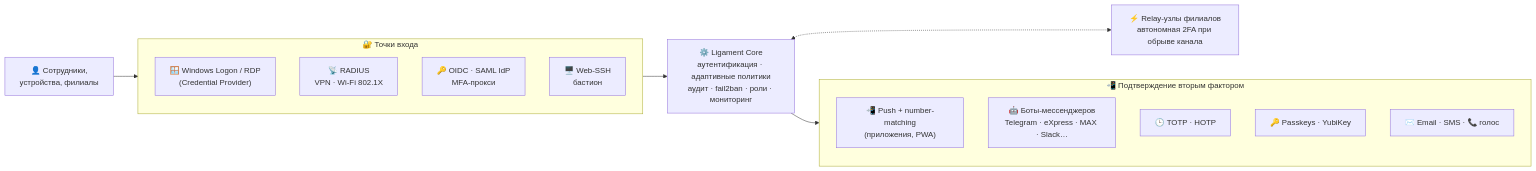
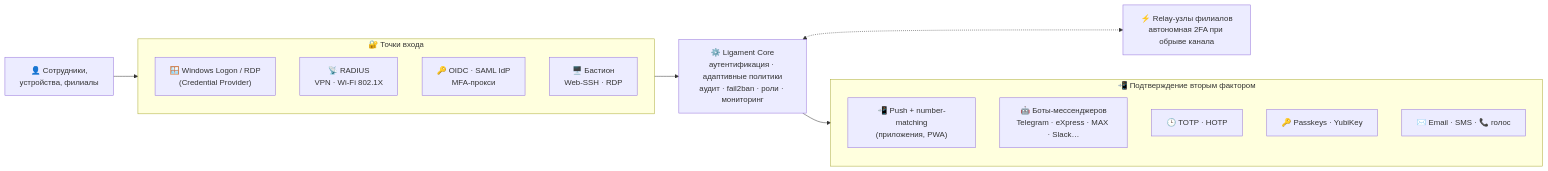
One commit to aligorov/ligament changed the first of 3 diagrams in README.md. Above: the diagram before and after it, drawn with Mermaid. The commit also changed other lines of this file and 1 other file, not shown here.

Commit message:
feat(docs): новые возможности — гостевой доступ, RDP-проброс в бастионе, WebRTC-управление SOS + mermaid-схемы подключения (EN/RU синхронно); цены лицензий ×2

````diff
--- a/README.md
+++ b/README.md
@@ -47,28 +48,28 @@
 ```mermaid
 flowchart LR
     U["👤 Сотрудники,<br/>устройства, филиалы"]
 
     subgraph Entries["🔐 Точки входа"]
         direction TB
         CP["🪟 Windows Logon / RDP<br/>(Credential Provider)"]
         RAD["📡 RADIUS<br/>VPN · Wi-Fi 802.1X"]
         SSO["🔑 OIDC · SAML IdP<br/>MFA-прокси"]
-        BAS["🖥️ Web-SSH<br/>бастион"]
+        BAS["🖥️ Бастион<br/>Web-SSH · RDP"]
     end
 
     CORE["⚙️ Ligament Core<br/>аутентификация · адаптивные политики<br/>аудит · fail2ban · роли · мониторинг"]
 
     subgraph Factors["📲 Подтверждение вторым фактором"]
         direction TB
         F1["📲 Push + number-matching<br/>(приложения, PWA)"]
         F2["🤖 Боты-мессенджеров<br/>Telegram · eXpress · MAX · Slack…"]
         F3["🕒 TOTP · HOTP"]
         F4["🔑 Passkeys · YubiKey"]
         F5["✉️ Email · SMS · 📞 голос"]
     end
 
     REL["⚡ Relay-узлы филиалов<br/>автономная 2FA при обрыве канала"]
 
     U --> Entries --> CORE --> Factors
     CORE <-.-> REL
 ```
````
